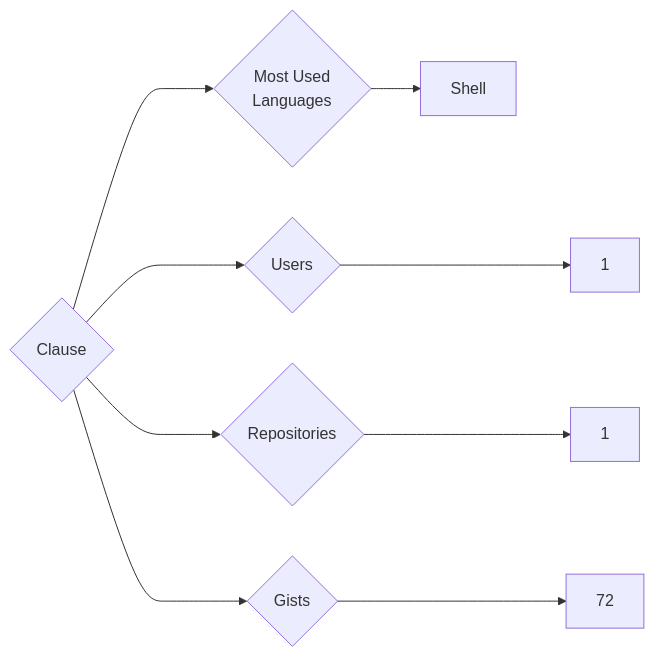
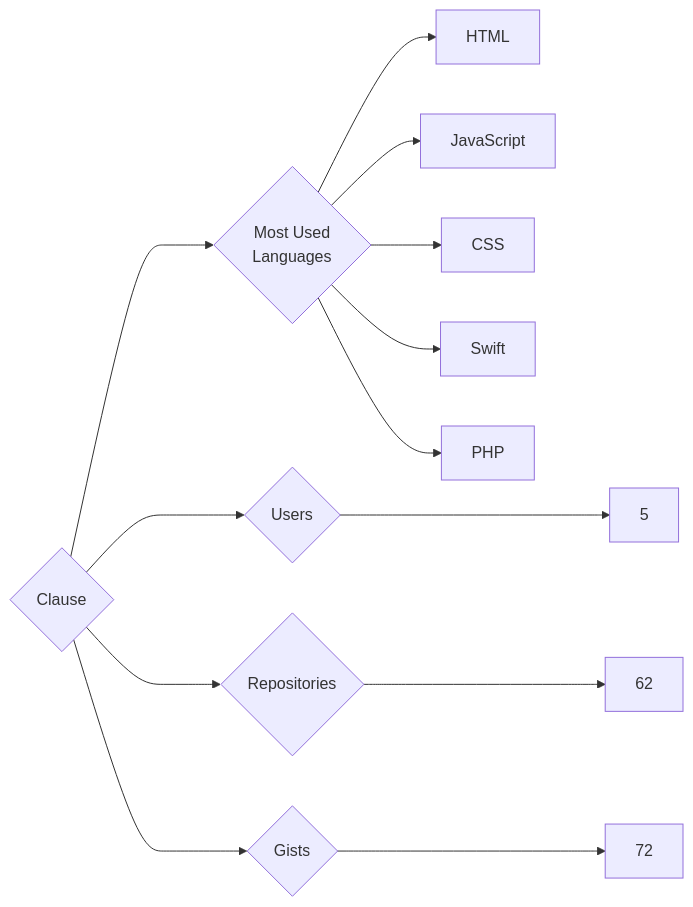
One commit to trickest/insiders changed the diagram in targets/Clause/README.md. Above: the diagram before and after it, drawn with Mermaid. The commit also changed 845 other files, not shown here.

````diff
--- a/targets/Clause/README.md
+++ b/targets/Clause/README.md
@@ -3,9 +3,13 @@
 ```mermaid
 graph LR
 COMPANY_NAME{Clause}
-COMPANY_NAME ---> U{Users} ---> UN[1]
-COMPANY_NAME ---> R{Repositories} ---> RN[1]
+COMPANY_NAME ---> U{Users} ---> UN[5]
+COMPANY_NAME ---> R{Repositories} ---> RN[62]
 COMPANY_NAME ---> G{Gists} ---> GN[72]
 COMPANY_NAME ---> ML{Most Used<br>Languages}
-ML --> Shell[Shell]
+ML --> HTML[HTML]
+ML --> JavaScript[JavaScript]
+ML --> CSS[CSS]
+ML --> Swift[Swift]
+ML --> PHP[PHP]
 ```
````
